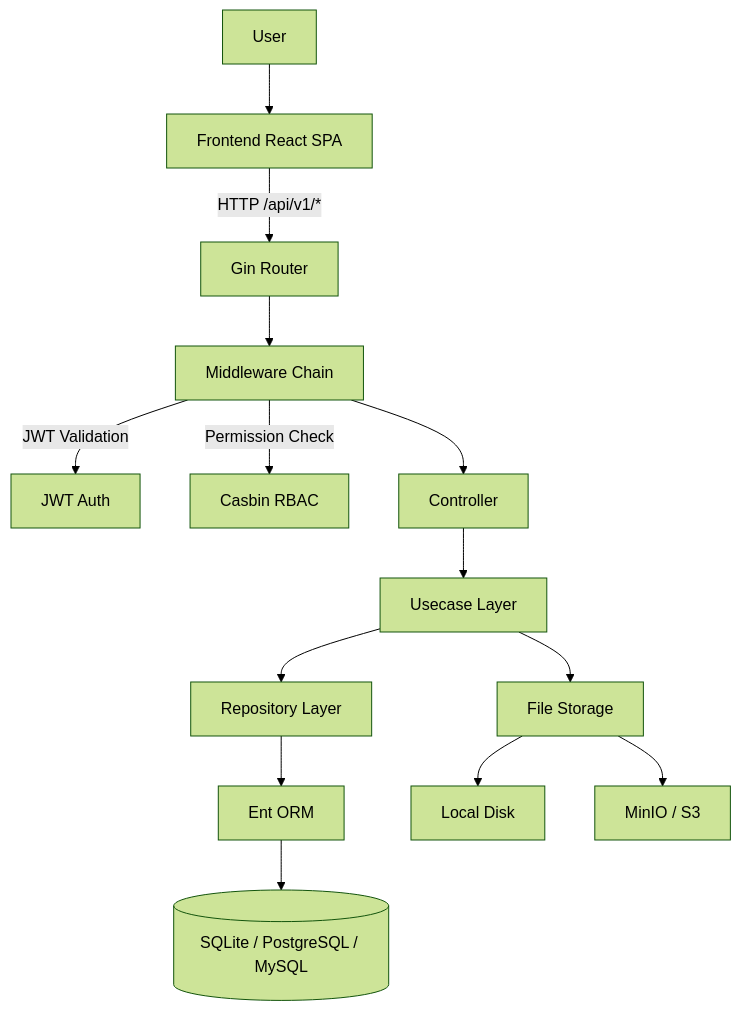
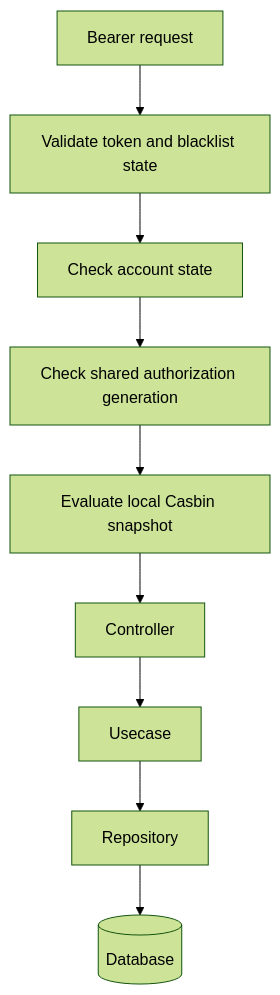
Before and after one commit to ahaodev/shadmin: the second of 2 diagrams in docs/getting-started/architecture.en.md, drawn with Mermaid (forest theme). The commit also changed other lines of this file and 11 other files, not shown here.

````diff
--- a/docs/getting-started/architecture.en.md
+++ b/docs/getting-started/architecture.en.md
@@ -25,16 +39,8 @@
 ```mermaid
-graph TB
-    User[User] --> FE[Frontend React SPA]
-    FE -->|HTTP /api/v1/*| GW[Gin Router]
-    GW --> MW[Middleware Chain]
-    MW -->|JWT Validation| AUTH[JWT Auth]
-    MW -->|Permission Check| CASBIN[Casbin RBAC]
-    MW --> CTRL[Controller]
-    CTRL --> UC[Usecase Layer]
-    UC --> REPO[Repository Layer]
-    REPO --> ENT[Ent ORM]
-    ENT --> DB[(SQLite / PostgreSQL / MySQL)]
-    UC --> FS[File Storage]
-    FS --> DISK[Local Disk]
-    FS --> MINIO[MinIO / S3]
+flowchart TD
+    Request[Bearer request] --> JWT[Validate token and blacklist state]
+    JWT --> Account[Check account state]
+    Account --> Generation[Check shared authorization generation]
+    Generation --> Casbin[Evaluate local Casbin snapshot]
+    Casbin --> Controller --> Usecase --> Repository --> DB[(Database)]
 ```
````
